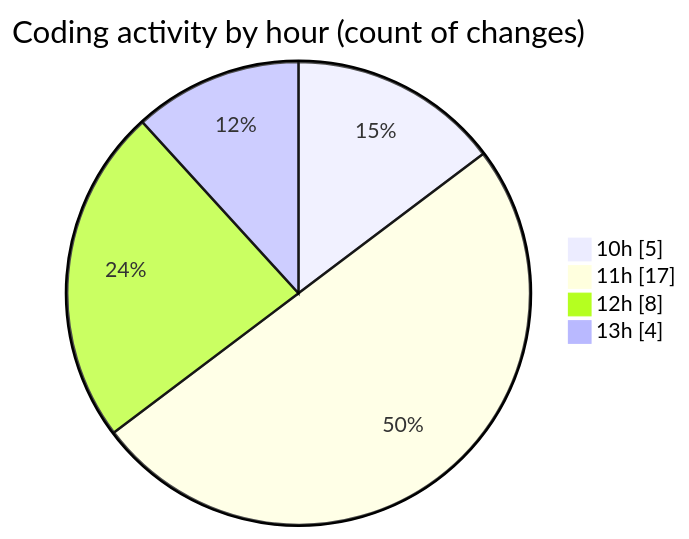
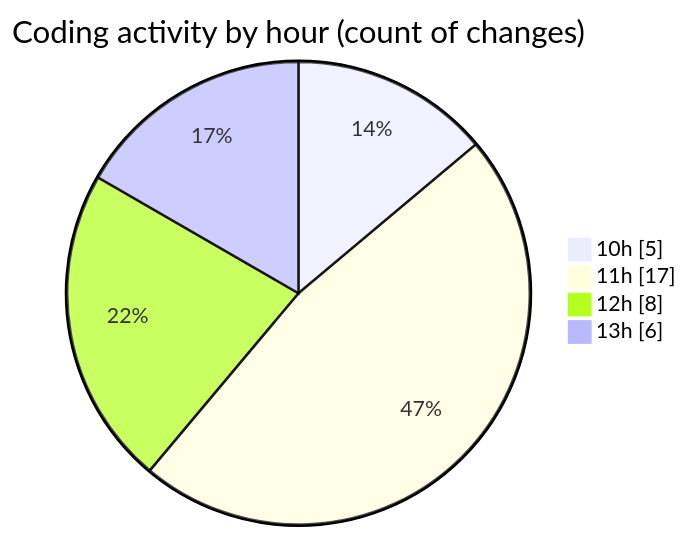
The second of 2 diagrams in 2025-05-05/ecodeli/README.md (CELIANVF/code-tracking), drawn with Mermaid before and after one commit. The commit also changed other lines of this file and 1 other file, not shown here.

````diff
--- a/2025-05-05/ecodeli/README.md
+++ b/2025-05-05/ecodeli/README.md
@@ -48,8 +49,8 @@
 ```mermaid
 pie showData
 title Coding activity by hour (count of changes)
 "10h" : 5
 "11h" : 17
 "12h" : 8
-"13h" : 4
+"13h" : 6
 ```
````
